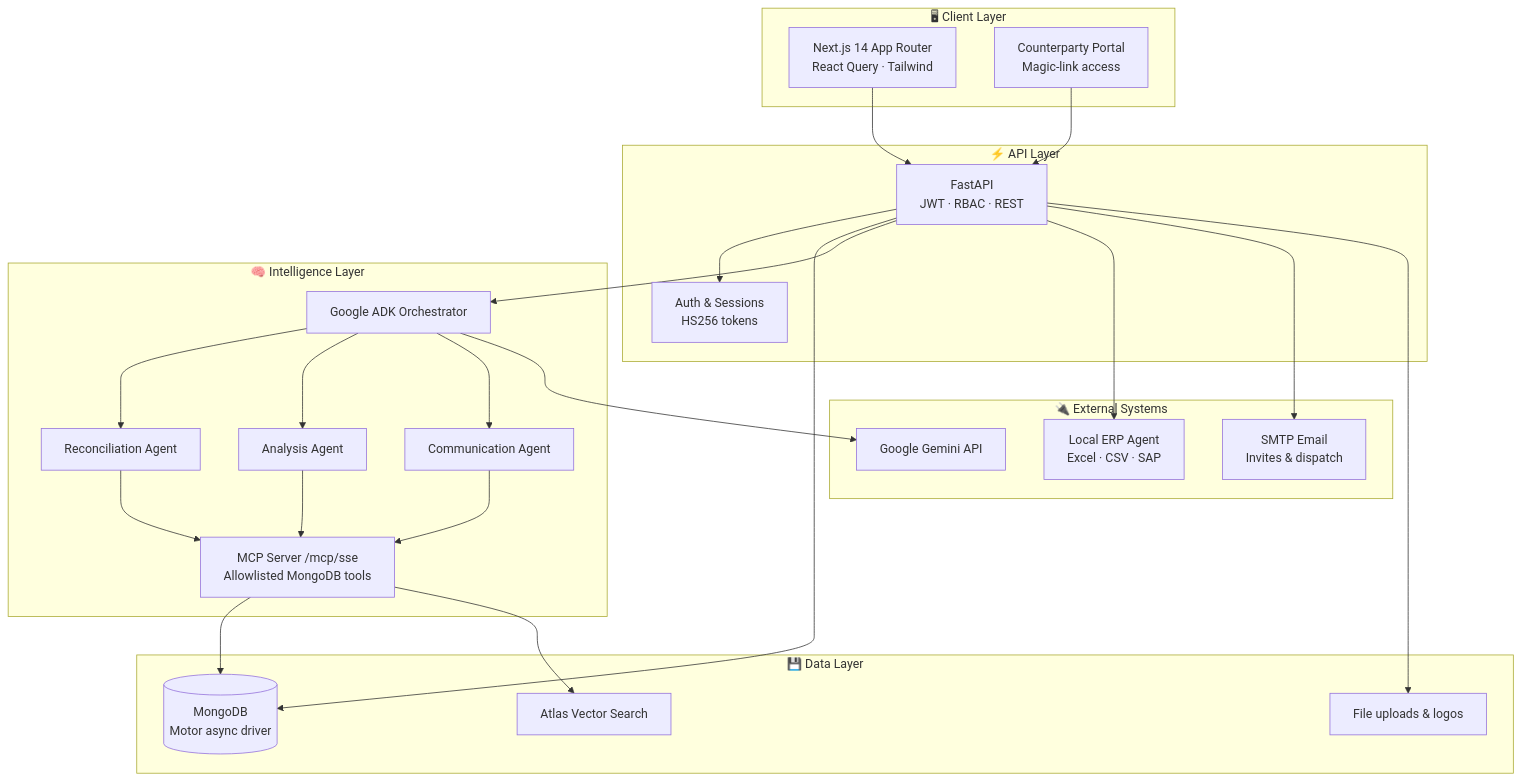
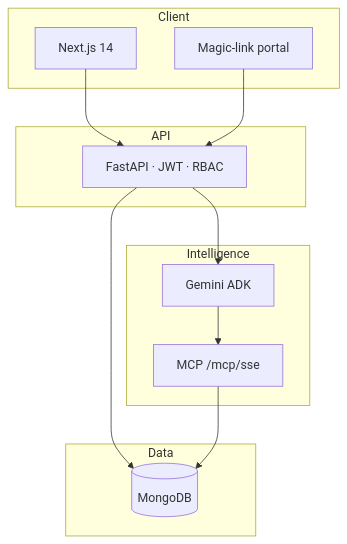
Before and after one commit to keshav-077/Ledgeriq----Agentic-B2B-financial-reconciliation: the diagram in README.md, drawn with Mermaid. The commit also changed other lines of this file and 22 other files, not shown here.

````diff
--- a/README.md
+++ b/README.md
@@ -50,46 +58,23 @@
 ```mermaid
 flowchart TB
-    subgraph Client["🖥 Client Layer"]
-        UI["Next.js 14 App Router<br/>React Query · Tailwind"]
-        Portal["Counterparty Portal<br/>Magic-link access"]
+    subgraph Client["Client"]
+        UI["Next.js 14"]
+        Portal["Magic-link portal"]
     end
-
-    subgraph API["⚡ API Layer"]
-        FastAPI["FastAPI<br/>JWT · RBAC · REST"]
-        Auth["Auth & Sessions<br/>HS256 tokens"]
+    subgraph API["API"]
+        FastAPI["FastAPI · JWT · RBAC"]
     end
-
-    subgraph Intelligence["🧠 Intelligence Layer"]
-        ADK["Google ADK Orchestrator"]
-        Recon["Reconciliation Agent"]
-        Analysis["Analysis Agent"]
-        Comms["Communication Agent"]
-        MCP["MCP Server /mcp/sse<br/>Allowlisted MongoDB tools"]
+    subgraph Intelligence["Intelligence"]
+        ADK["Gemini ADK"]
+        MCP["MCP /mcp/sse"]
     end
-
-    subgraph Data["💾 Data Layer"]
-        Mongo[(MongoDB<br/>Motor async driver)]
-        Vector["Atlas Vector Search"]
-        Uploads["File uploads & logos"]
+    subgraph Data["Data"]
+        Mongo[(MongoDB)]
     end
-
-    subgraph External["🔌 External Systems"]
-        ERP["Local ERP Agent<br/>Excel · CSV · SAP"]
-        SMTP["SMTP Email<br/>Invites & dispatch"]
-        Gemini["Google Gemini API"]
-    end
-
     UI --> FastAPI
     Portal --> FastAPI
-    FastAPI --> Auth
+    FastAPI --> ADK
     FastAPI --> Mongo
-    FastAPI --> ADK
-    ADK --> Recon & Analysis & Comms
-    Recon & Analysis & Comms --> MCP
+    ADK --> MCP
     MCP --> Mongo
-    MCP --> Vector
-    ADK --> Gemini
-    FastAPI --> ERP
-    FastAPI --> SMTP
-    FastAPI --> Uploads
 ```
````
